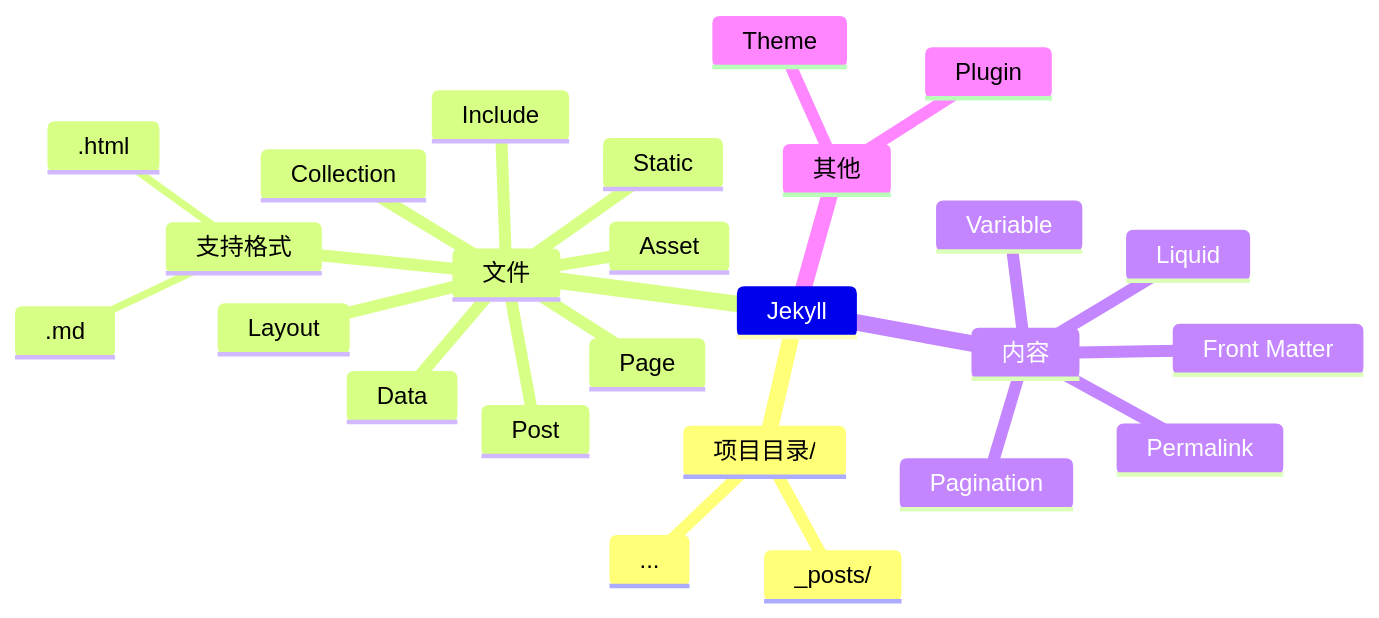
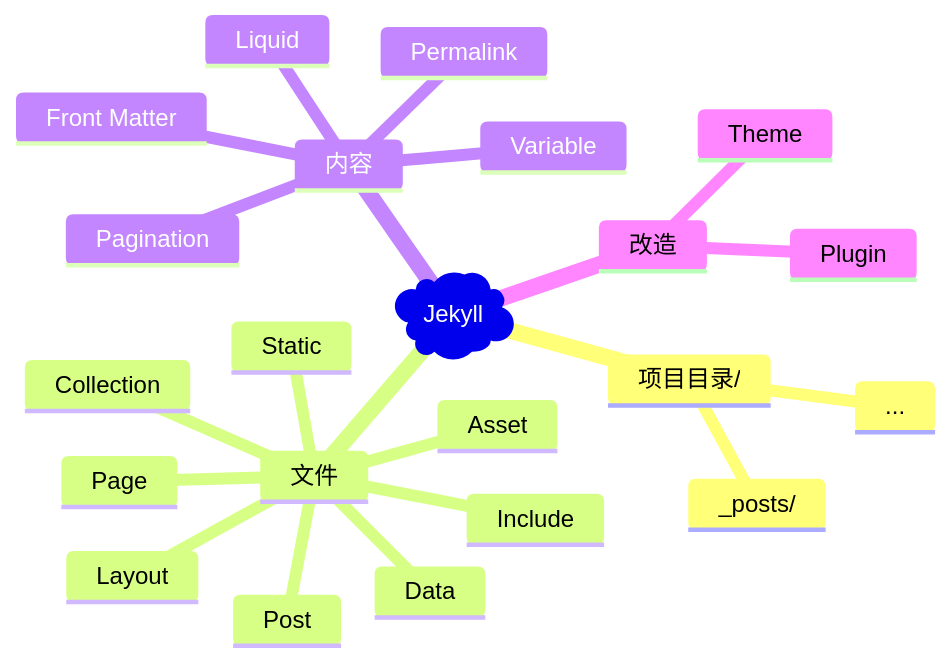
Before and after one commit to nanhualyq/nanhualyq.github.io: the diagram in _posts/2024-01-19-jekyll.md, drawn with Mermaid. The commit also changed other lines of this file, not shown here.

Commit message:
test mindmap

```diff
--- a/_posts/2024-01-19-jekyll.md
+++ b/_posts/2024-01-19-jekyll.md
@@ -16,28 +16,25 @@
 <pre class="mermaid">
 mindmap
-	Jekyll
+	Root)Jekyll(
 		项目目录/
 			_posts/
 			...
 		文件
-			支持格式
-				.html
-				.md
 			Page
 			Post
 			Collection
 			Data
 			Asset
 			Static
 			Include
 			Layout
 		内容
 			Front Matter
 			Liquid
 			Variable
 			Permalink
 			Pagination
-		其他
+		改造
 			Theme
 			Plugin
 </pre>
```
